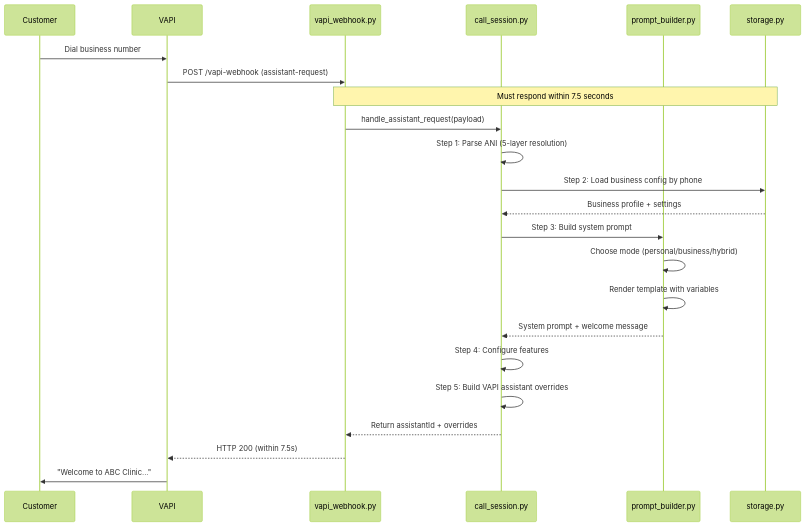
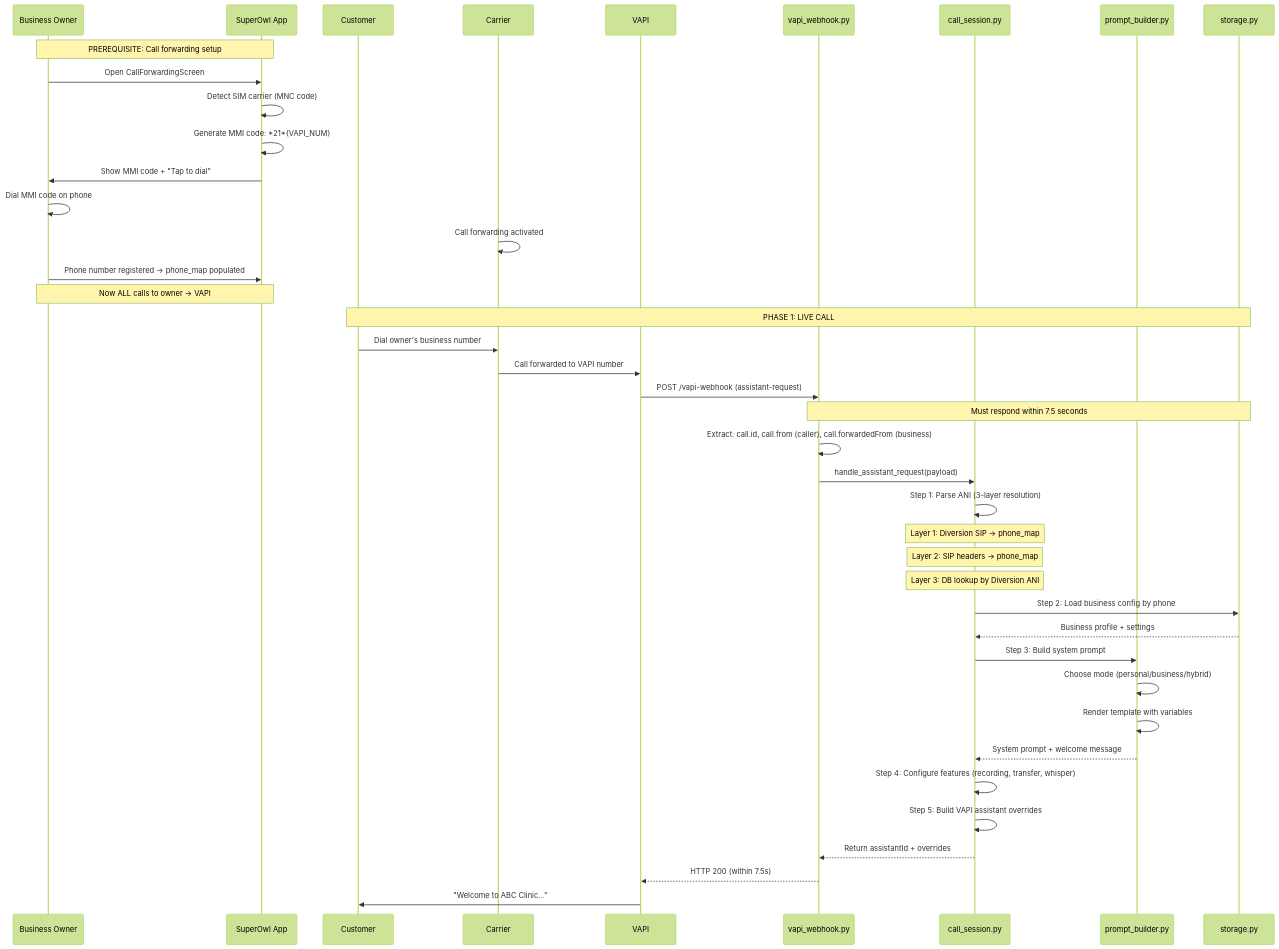
The third of 18 diagrams in study_notes/13_SuperOwl_Deep_Dive.md (sarv-projects/study), drawn with Mermaid (forest theme) before and after one commit. The commit also changed other lines of this file and 3 other files, not shown here.

````diff
--- a/study_notes/13_SuperOwl_Deep_Dive.md
+++ b/study_notes/13_SuperOwl_Deep_Dive.md
@@ -260,30 +342,52 @@
 ```mermaid
 sequenceDiagram
+    participant O as Business Owner
+    participant A as SuperOwl App
     participant C as Customer
+    participant CR as Carrier
     participant V as VAPI
     participant WH as vapi_webhook.py
     participant CS as call_session.py
     participant PB as prompt_builder.py
     participant ST as storage.py
     
-    C->>V: Dial business number
+    Note over O,A: PREREQUISITE: Call forwarding setup
+    O->>A: Open CallForwardingScreen
+    A->>A: Detect SIM carrier (MNC code)
+    A->>A: Generate MMI code: *21*{VAPI_NUM}#
+    A->>O: Show MMI code + "Tap to dial"
+    O->>O: Dial MMI code on phone
+    CR->>CR: Call forwarding activated
+    O->>A: Phone number registered → phone_map populated
+    Note over O,A: Now ALL calls to owner → VAPI
+    
+    Note over C,ST: PHASE 1: LIVE CALL
+    
+    C->>CR: Dial owner's business number
+    CR->>V: Call forwarded to VAPI number
     V->>WH: POST /vapi-webhook (assistant-request)
     Note over WH,ST: Must respond within 7.5 seconds
     
+    WH->>WH: Extract: call.id, call.from (caller), call.forwardedFrom (business)
+    
     WH->>CS: handle_assistant_request(payload)
-    CS->>CS: Step 1: Parse ANI (5-layer resolution)
+    CS->>CS: Step 1: Parse ANI (3-layer resolution)
+    Note over CS: Layer 1: Diversion SIP → phone_map
+    Note over CS: Layer 2: SIP headers → phone_map
+    Note over CS: Layer 3: DB lookup by Diversion ANI
+    
     CS->>ST: Step 2: Load business config by phone
     ST-->>CS: Business profile + settings
     
     CS->>PB: Step 3: Build system prompt
     PB->>PB: Choose mode (personal/business/hybrid)
     PB->>PB: Render template with variables
     PB-->>CS: System prompt + welcome message
     
-    CS->>CS: Step 4: Configure features
+    CS->>CS: Step 4: Configure features (recording, transfer, whisper)
     CS->>CS: Step 5: Build VAPI assistant overrides
     
     CS-->>WH: Return assistantId + overrides
     WH-->>V: HTTP 200 (within 7.5s)
     V->>C: "Welcome to ABC Clinic..."
 ```
````
